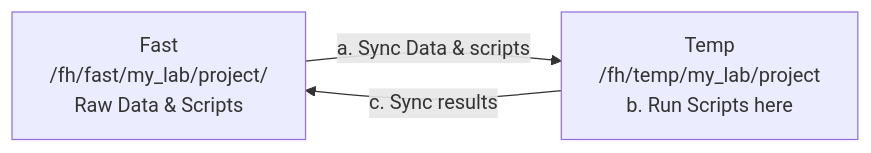
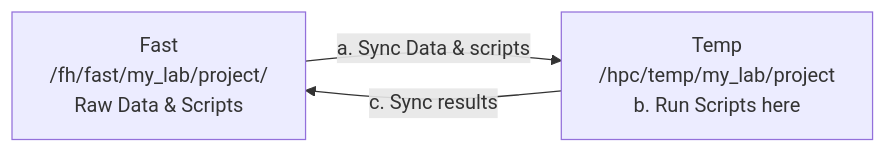
Before and after one commit to fhdsl/bash_for_bio: the first of 2 diagrams in miscellaneous.qmd, drawn with Mermaid. The commit also changed other lines of this file and 3 other files, not shown here.

````diff
--- a/miscellaneous.qmd
+++ b/miscellaneous.qmd
@@ -37,5 +37,5 @@
 ```{mermaid}
 graph LR
     A["Fast\n/fh/fast/my_lab/project/\nRaw Data & Scripts"] --"a. Sync Data & scripts"-->B
-    B["Temp\n/fh/temp/my_lab/project\nb. Run Scripts here"] --"c. Sync results"-->A
+    B["Temp\n/hpc/temp/my_lab/project\nb. Run Scripts here"] --"c. Sync results"-->A
 ```
````
